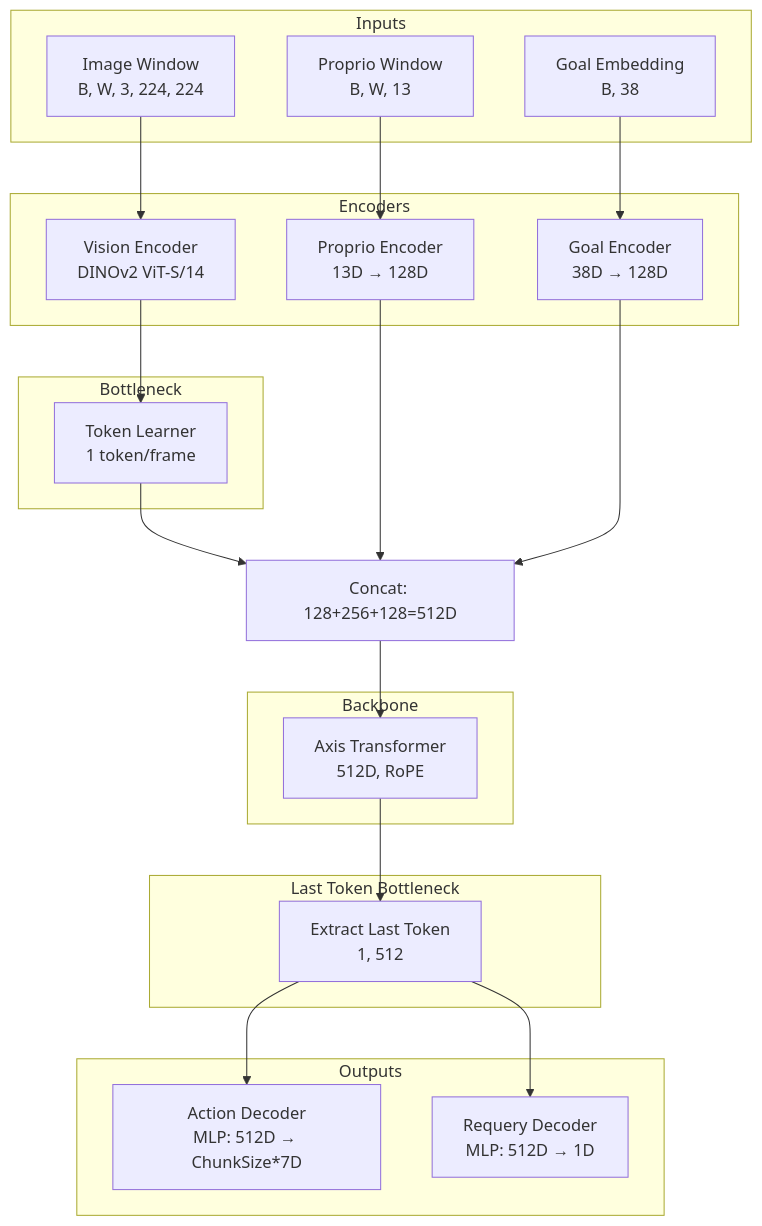
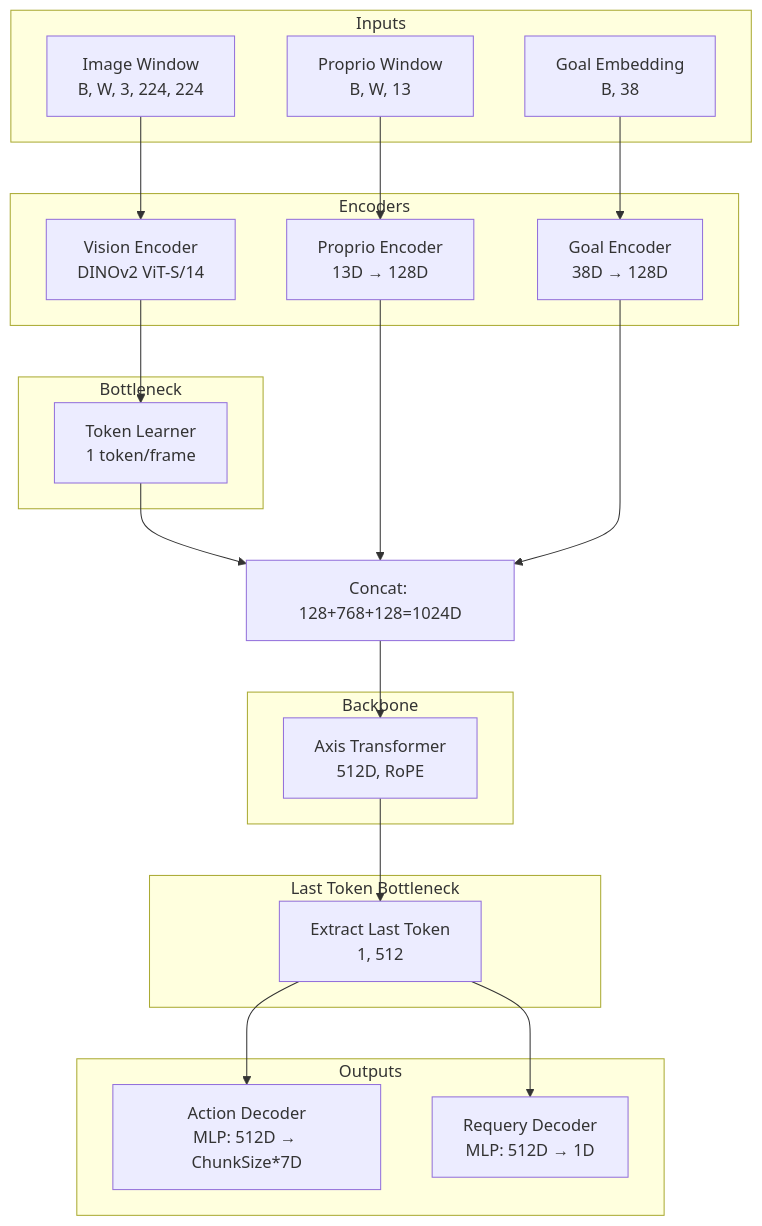
The diagram in docs/model_design.md (Thoooomas14/Axis), drawn with Mermaid before and after one commit. The commit also changed other lines of this file and 4 other files, not shown here.

````diff
--- a/docs/model_design.md
+++ b/docs/model_design.md
@@ -17,44 +17,44 @@
 ```mermaid
 graph TD
     subgraph Inputs
         Img[Image Window<br/>B, W, 3, 224, 224]
         Prop[Proprio Window<br/>B, W, 13]
         Goal[Goal Embedding<br/>B, 38]
     end
 
     subgraph Encoders
         VE[Vision Encoder<br/>DINOv2 ViT-S/14]
         PE[Proprio Encoder<br/>13D → 128D]
         GE[Goal Encoder<br/>38D → 128D]
     end
 
     subgraph Bottleneck
         TL[Token Learner<br/>1 token/frame]
     end
 
     subgraph Backbone
         T[Axis Transformer<br/>512D, RoPE]
     end
 
     subgraph "Last Token Bottleneck"
         LT[Extract Last Token<br/>1, 512]
     end
 
     subgraph Outputs
         AD[Action Decoder<br/>MLP: 512D → ChunkSize*7D]
         RD[Requery Decoder<br/>MLP: 512D → 1D]
     end
 
     Img --> VE --> TL
     Prop --> PE
     Goal --> GE
     
     TL --> Concat
     PE --> Concat
     GE --> Concat
-    Concat[Concat: 128+256+128=512D] --> T
+    Concat[Concat: 128+768+128=1024D] --> T
     
     T --> LT
     LT --> AD
     LT --> RD
 ```
````
